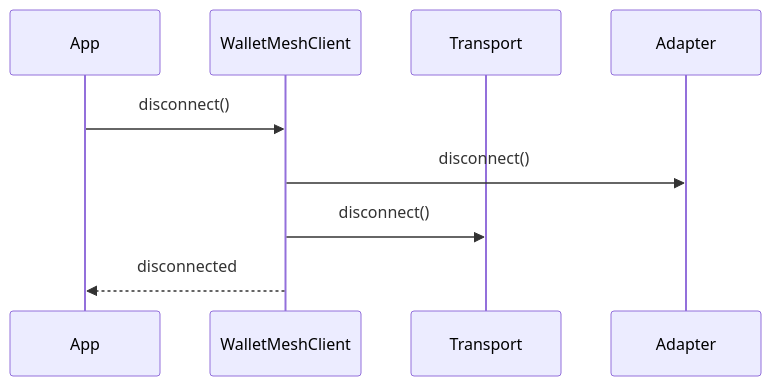
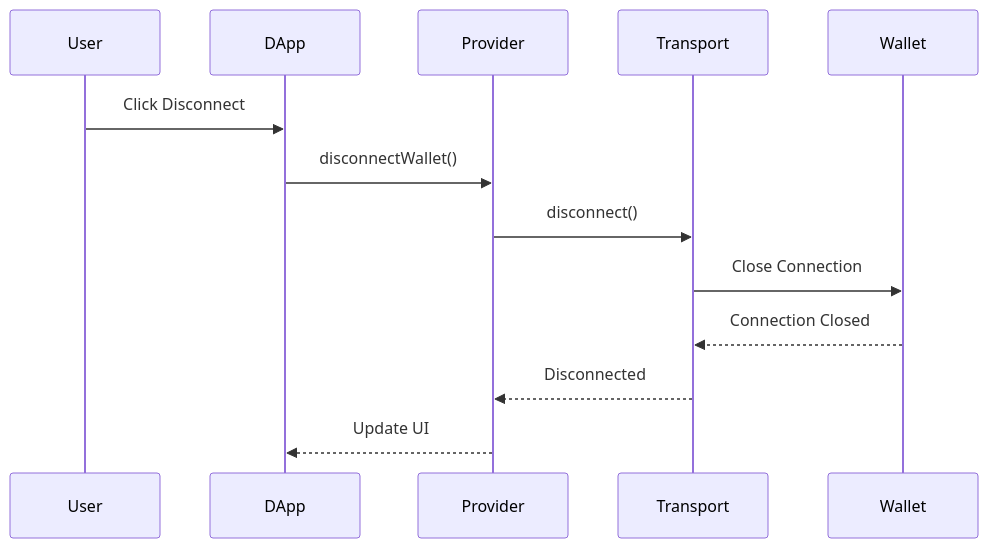
One commit to WalletMesh/walletmesh-packages changed the third of 3 diagrams in core/modal/README.md. Above: the diagram before and after it, drawn with Mermaid. The commit also changed other lines of this file and 16 other files, not shown here.

````diff
--- a/core/modal/README.md
+++ b/core/modal/README.md
@@ -161,12 +90,16 @@
 ```mermaid
 sequenceDiagram
-    participant App
-    participant WalletMeshClient
+    participant User
+    participant DApp
+    participant Provider
     participant Transport
-    participant Adapter
+    participant Wallet
 
-    App->>WalletMeshClient: disconnect()
-    WalletMeshClient->>Adapter: disconnect()
-    WalletMeshClient->>Transport: disconnect()
-    WalletMeshClient-->>App: disconnected
+    User->>DApp: Click Disconnect
+    DApp->>Provider: disconnectWallet()
+    Provider->>Transport: disconnect()
+    Transport->>Wallet: Close Connection
+    Wallet-->>Transport: Connection Closed
+    Transport-->>Provider: Disconnected
+    Provider-->>DApp: Update UI
 ```
````
